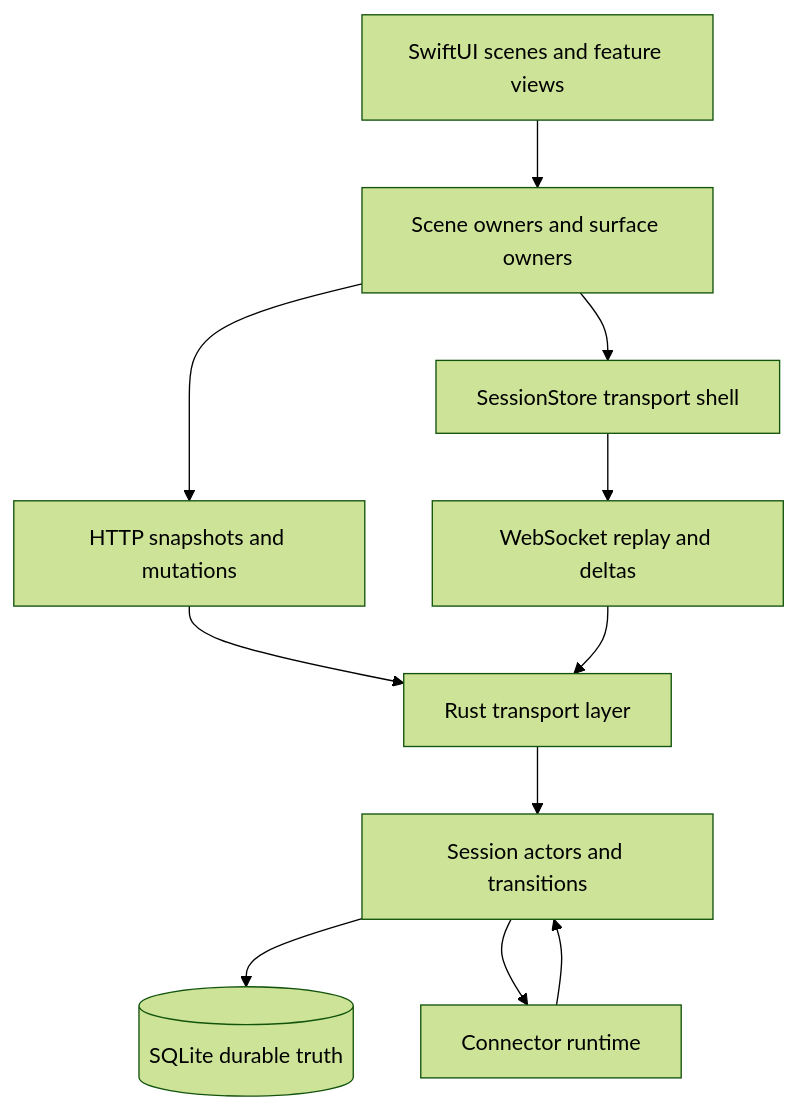
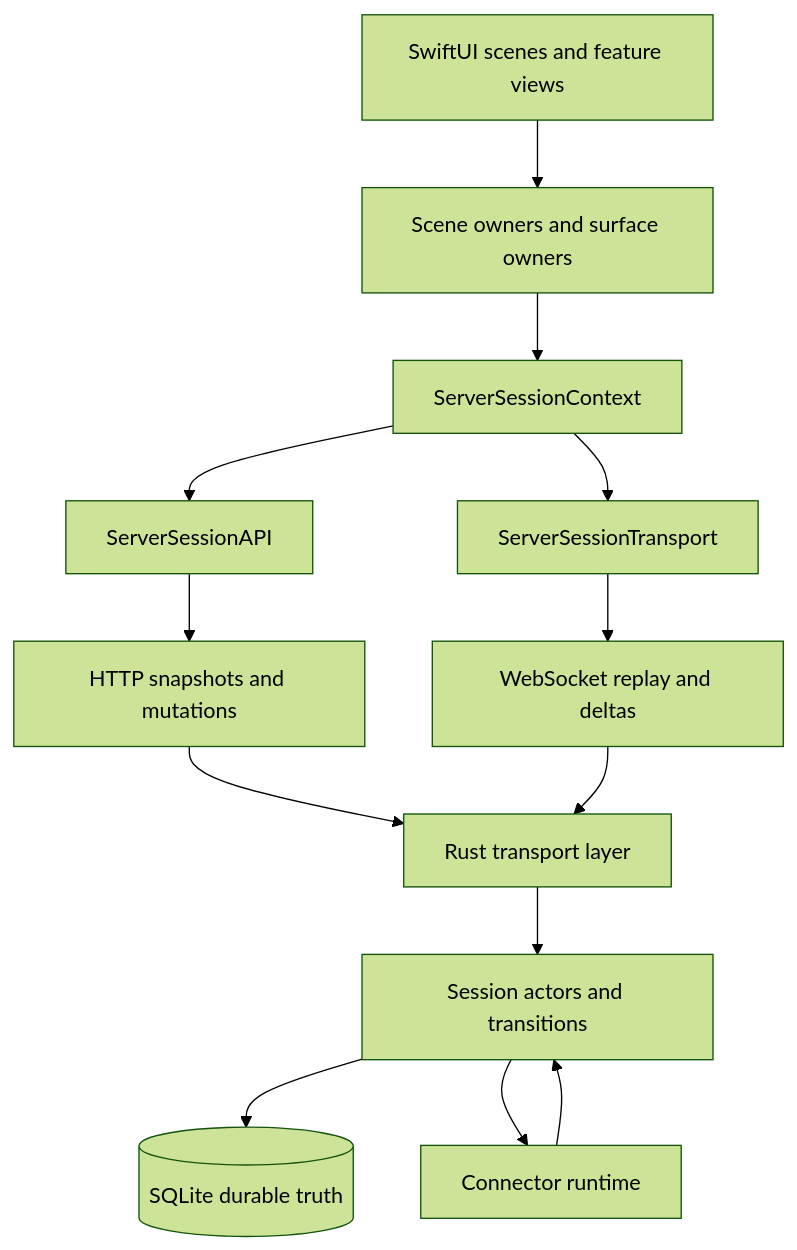
The diagram in docs/data-flow.md (Robdel12/OrbitDock), drawn with Mermaid (forest theme) before and after one commit. The commit also changed other lines of this file and 370 other files, not shown here.

````diff
--- a/docs/data-flow.md
+++ b/docs/data-flow.md
@@ -102,24 +103,28 @@
 ```mermaid
 flowchart TD
     UI[SwiftUI scenes and feature views]
     OWNERS[Scene owners and surface owners]
-    SS[SessionStore transport shell]
+    SC[ServerSessionContext]
+    APICTX[ServerSessionAPI]
+    TRANSPORT[ServerSessionTransport]
     WS[WebSocket replay and deltas]
     HTTP[HTTP snapshots and mutations]
     API[Rust transport layer]
     DOMAIN[Session actors and transitions]
     DB[(SQLite durable truth)]
     RT[Connector runtime]
 
     UI --> OWNERS
-    OWNERS --> SS
-    OWNERS --> HTTP
-    SS --> WS
+    OWNERS --> SC
+    SC --> APICTX
+    SC --> TRANSPORT
+    APICTX --> HTTP
+    TRANSPORT --> WS
 
     HTTP --> API
     WS --> API
     API --> DOMAIN
     DOMAIN --> DB
     DOMAIN --> RT
     RT --> DOMAIN
 ```
````
